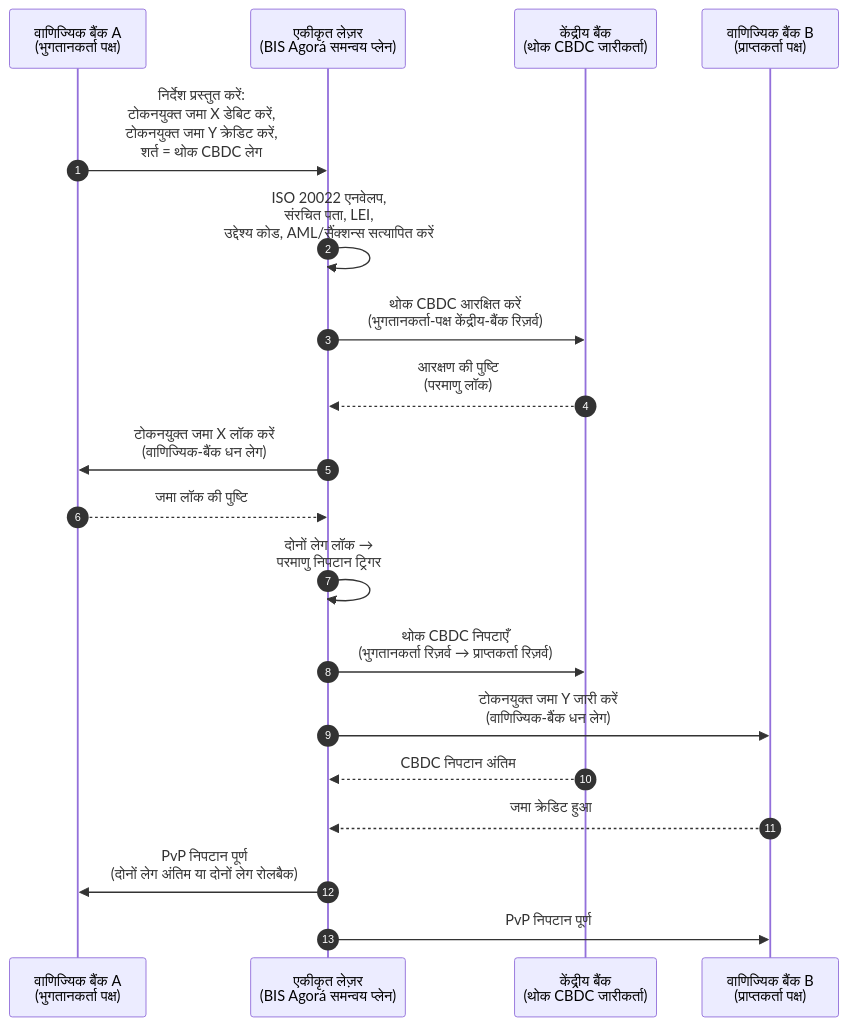
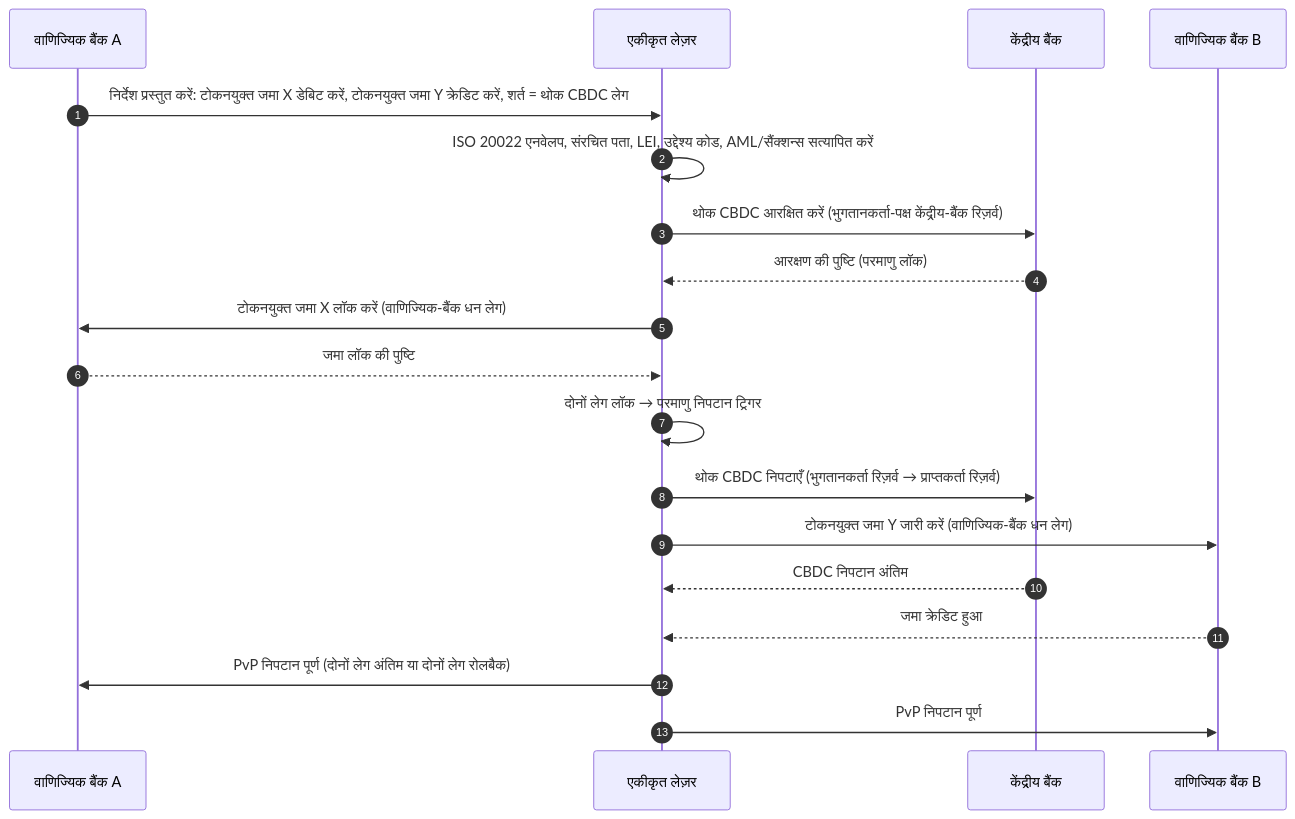
The diagram in _posts/hi/2026-06-06-wholesale-payments-index-iso20022-tokenised-deposits-cross-border-2026.md (sebastienrousseau/sebastienrousseau.github.io), drawn with Mermaid before and after one commit. The commit also changed 2231 other files, not shown here.

First line of the commit message:
fix(mermaid): unblock Mermaid v10 rendering end-to-end (#198)

````diff
--- a/_posts/hi/2026-06-06-wholesale-payments-index-iso20022-tokenised-deposits-cross-border-2026.md
+++ b/_posts/hi/2026-06-06-wholesale-payments-index-iso20022-tokenised-deposits-cross-border-2026.md
@@ -170,22 +170,21 @@
 ```mermaid
 sequenceDiagram
     autonumber
-    participant CB_A as वाणिज्यिक बैंक A<br/>(भुगतानकर्ता पक्ष)
-    participant UL as एकीकृत लेज़र<br/>(BIS Agorá समन्वय प्लेन)
-    participant CBNK as केंद्रीय बैंक<br/>(थोक CBDC जारीकर्ता)
-    participant CB_B as वाणिज्यिक बैंक B<br/>(प्राप्तकर्ता पक्ष)
-
-    CB_A->>UL: निर्देश प्रस्तुत करें:<br/>टोकनयुक्त जमा X डेबिट करें,<br/>टोकनयुक्त जमा Y क्रेडिट करें,<br/>शर्त = थोक CBDC लेग
-    UL->>UL: ISO 20022 एनवेलप,<br/>संरचित पता, LEI,<br/>उद्देश्य कोड, AML/सैंक्शन्स सत्यापित करें
-    UL->>CBNK: थोक CBDC आरक्षित करें<br/>(भुगतानकर्ता-पक्ष केंद्रीय-बैंक रिज़र्व)
-    CBNK-->>UL: आरक्षण की पुष्टि<br/>(परमाणु लॉक)
-    UL->>CB_A: टोकनयुक्त जमा X लॉक करें<br/>(वाणिज्यिक-बैंक धन लेग)
+    participant CB_A as वाणिज्यिक बैंक A
+    participant UL as एकीकृत लेज़र
+    participant CBNK as केंद्रीय बैंक
+    participant CB_B as वाणिज्यिक बैंक B
+    CB_A->>UL: निर्देश प्रस्तुत करें: टोकनयुक्त जमा X डेबिट करें, टोकनयुक्त जमा Y क्रेडिट करें, शर्त = थोक CBDC लेग
+    UL->>UL: ISO 20022 एनवेलप, संरचित पता, LEI, उद्देश्य कोड, AML/सैंक्शन्स सत्यापित करें
+    UL->>CBNK: थोक CBDC आरक्षित करें (भुगतानकर्ता-पक्ष केंद्रीय-बैंक रिज़र्व)
+    CBNK-->>UL: आरक्षण की पुष्टि (परमाणु लॉक)
+    UL->>CB_A: टोकनयुक्त जमा X लॉक करें (वाणिज्यिक-बैंक धन लेग)
     CB_A-->>UL: जमा लॉक की पुष्टि
-    UL->>UL: दोनों लेग लॉक →<br/>परमाणु निपटान ट्रिगर
-    UL->>CBNK: थोक CBDC निपटाएँ<br/>(भुगतानकर्ता रिज़र्व → प्राप्तकर्ता रिज़र्व)
-    UL->>CB_B: टोकनयुक्त जमा Y जारी करें<br/>(वाणिज्यिक-बैंक धन लेग)
+    UL->>UL: दोनों लेग लॉक → परमाणु निपटान ट्रिगर
+    UL->>CBNK: थोक CBDC निपटाएँ (भुगतानकर्ता रिज़र्व → प्राप्तकर्ता रिज़र्व)
+    UL->>CB_B: टोकनयुक्त जमा Y जारी करें (वाणिज्यिक-बैंक धन लेग)
     CBNK-->>UL: CBDC निपटान अंतिम
     CB_B-->>UL: जमा क्रेडिट हुआ
-    UL->>CB_A: PvP निपटान पूर्ण<br/>(दोनों लेग अंतिम या दोनों लेग रोलबैक)
+    UL->>CB_A: PvP निपटान पूर्ण (दोनों लेग अंतिम या दोनों लेग रोलबैक)
     UL->>CB_B: PvP निपटान पूर्ण
 ```
````
